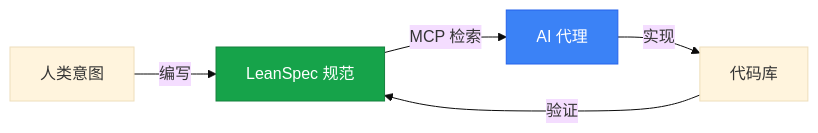
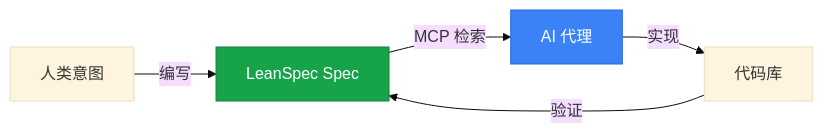
Before and after one commit to codervisor/lean-spec-docs: the diagram in i18n/zh-Hans/docusaurus-plugin-content-docs/current/guide/ai-agent-memory.mdx, drawn with Mermaid (base theme). The commit also changed other lines of this file and 42 other files, not shown here.

````diff
--- a/i18n/zh-Hans/docusaurus-plugin-content-docs/current/guide/ai-agent-memory.mdx
+++ b/i18n/zh-Hans/docusaurus-plugin-content-docs/current/guide/ai-agent-memory.mdx
@@ -110,10 +110,10 @@
 ```mermaid
 flowchart LR
-    Human[人类意图] -->|编写| Spec[LeanSpec 规范]
+    Human[人类意图] -->|编写| Spec[LeanSpec Spec]
     Spec -->|MCP 检索| AI[AI 代理]
     AI -->|实现| Code[代码库]
     Code -->|验证| Spec
     
     style Spec fill:#16a34a,stroke:#15803d,color:#fff
     style AI fill:#3b82f6,stroke:#2563eb,color:#fff
 ```
````
